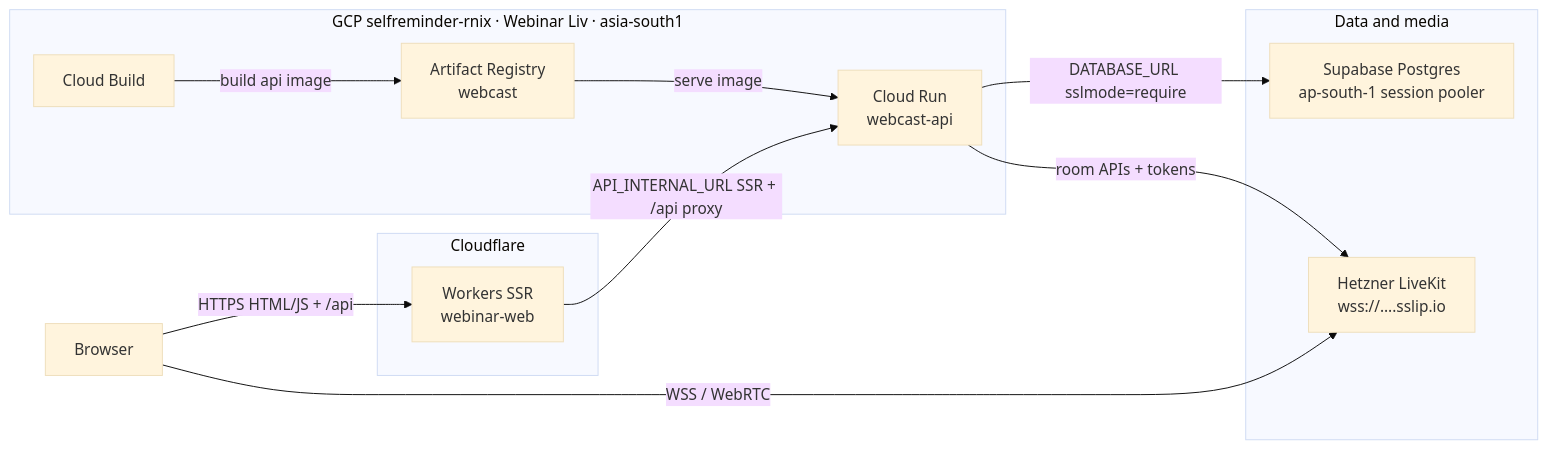
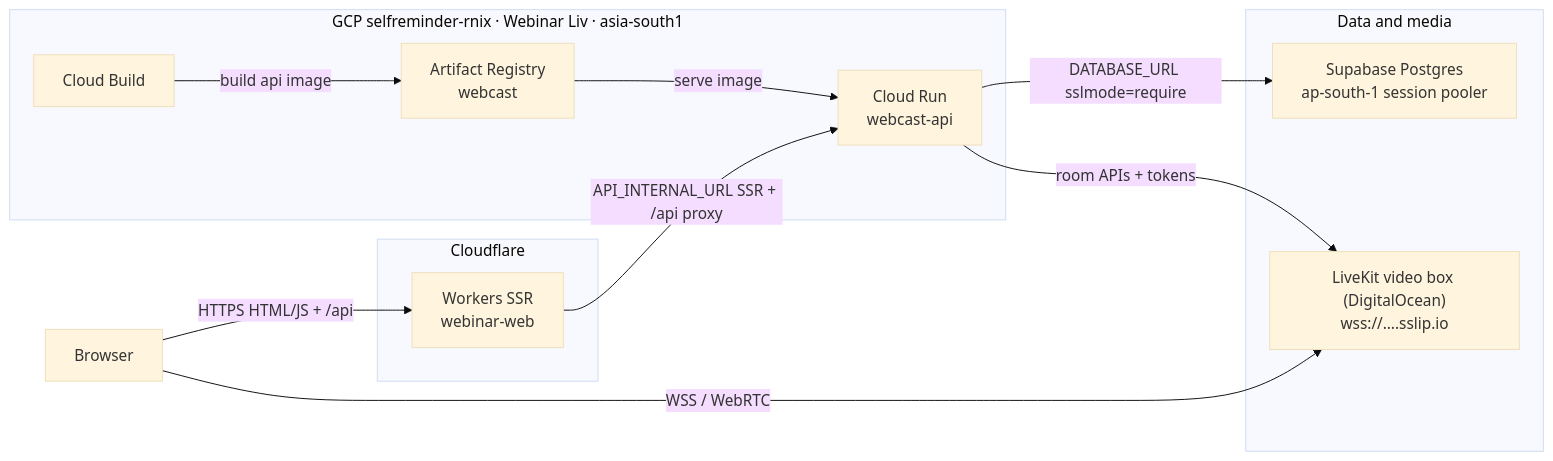
One commit to netesh3/webinar changed the first of 2 diagrams in docs/DEPLOYMENT-TOPOLOGY.md. Above: the diagram before and after it, drawn with Mermaid (base theme). The commit also changed other lines of this file and 72 other files, not shown here.

````diff
--- a/docs/DEPLOYMENT-TOPOLOGY.md
+++ b/docs/DEPLOYMENT-TOPOLOGY.md
@@ -32,27 +32,27 @@
 ```mermaid
 flowchart LR
   Browser["Browser"]
 
   subgraph cf [Cloudflare]
     Web["Workers SSR\nwebinar-web"]
   end
 
   subgraph gcp [GCP selfreminder-rnix · Webinar Liv · asia-south1]
     Run["Cloud Run\nwebcast-api"]
     AR["Artifact Registry\nwebcast"]
     CB["Cloud Build"]
   end
 
   subgraph data [Data and media]
     SB["Supabase Postgres\nap-south-1 session pooler"]
-    LK["Hetzner LiveKit\nwss://….sslip.io"]
+    LK["LiveKit video box (DigitalOcean)\nwss://….sslip.io"]
   end
 
   Browser -->|"HTTPS HTML/JS + /api"| Web
   Browser -->|"WSS / WebRTC"| LK
   Web -->|"API_INTERNAL_URL SSR + /api proxy"| Run
   Run -->|"DATABASE_URL sslmode=require"| SB
   Run -->|"room APIs + tokens"| LK
   CB -->|"build api image"| AR
   AR -->|"serve image"| Run
 ```
````
